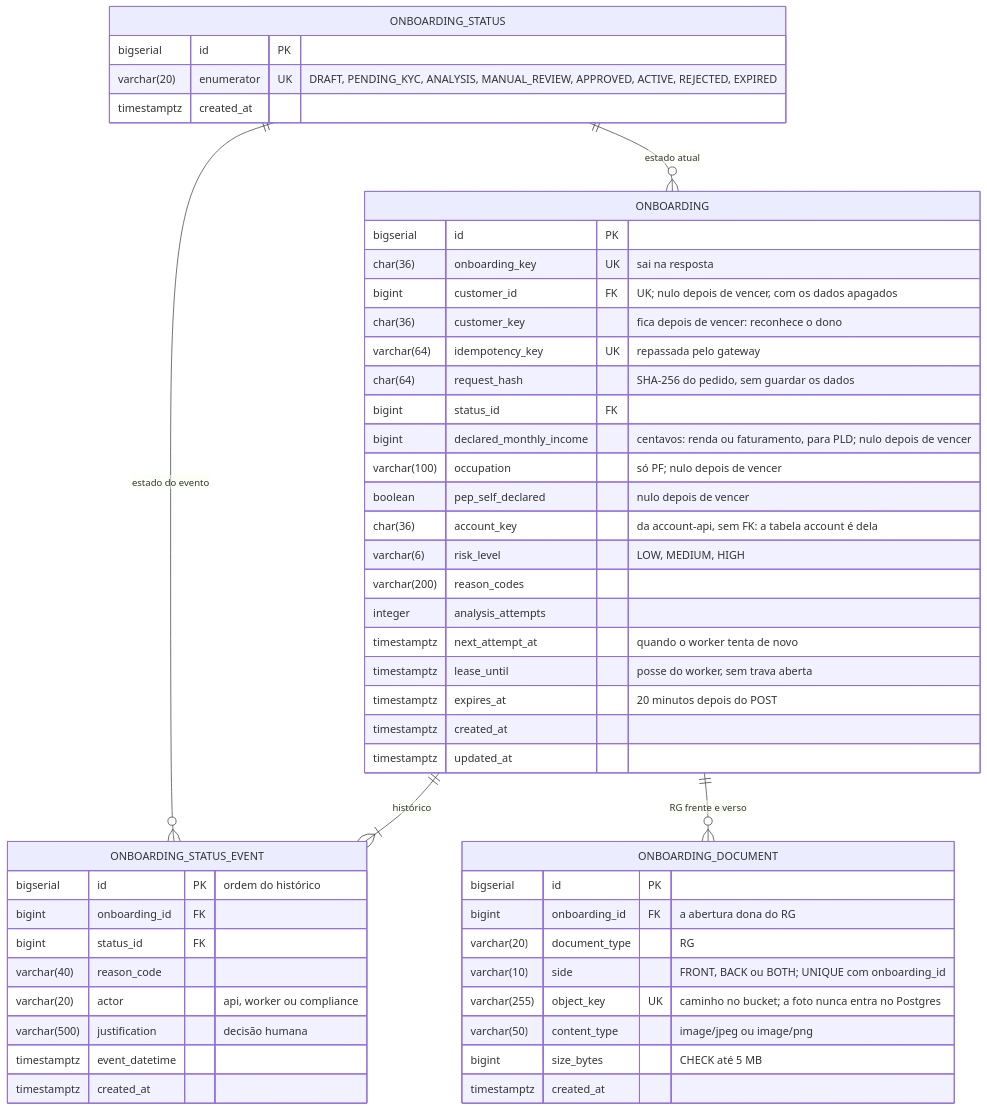
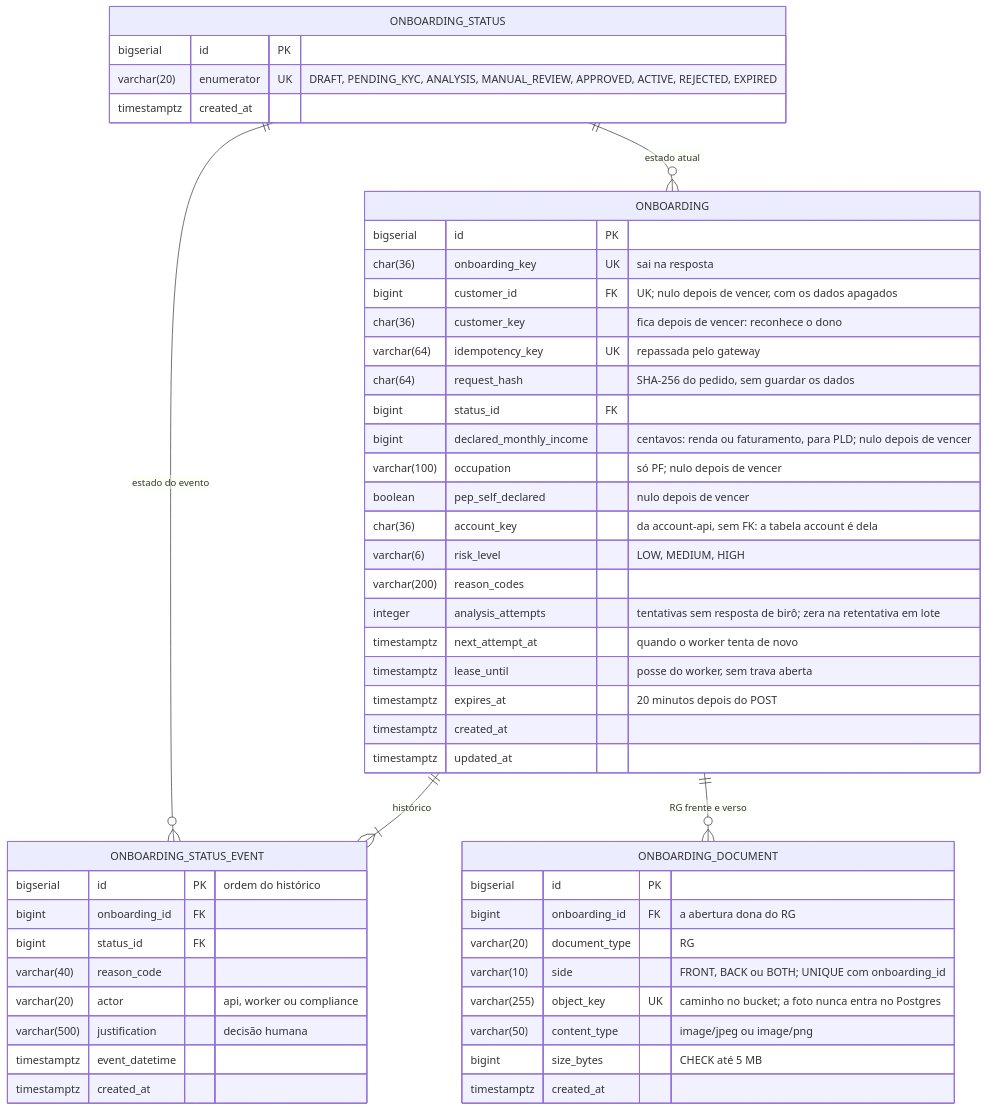
Before and after one commit to eduardoVL123/bootcampQitech_bancoDigital: the third of 14 diagrams in docs/rfc/05-onboarding-api.md, drawn with Mermaid. The commit also changed other lines of this file and 25 other files, not shown here.

First line of the commit message:
feat(onboarding): biro fora do ar, circuit breaker e retentativa em lote (F7)

````diff
--- a/docs/rfc/05-onboarding-api.md
+++ b/docs/rfc/05-onboarding-api.md
@@ -277,53 +277,53 @@
 ```mermaid
 erDiagram
     ONBOARDING_STATUS ||--o{ ONBOARDING : "estado atual"
     ONBOARDING_STATUS ||--o{ ONBOARDING_STATUS_EVENT : "estado do evento"
     ONBOARDING ||--|{ ONBOARDING_STATUS_EVENT : "histórico"
     ONBOARDING ||--o{ ONBOARDING_DOCUMENT : "RG frente e verso"
     ONBOARDING_STATUS {
         bigserial id PK
         varchar(20) enumerator UK "DRAFT, PENDING_KYC, ANALYSIS, MANUAL_REVIEW, APPROVED, ACTIVE, REJECTED, EXPIRED"
         timestamptz created_at
     }
     ONBOARDING {
         bigserial id PK
         char(36) onboarding_key UK "sai na resposta"
         bigint customer_id FK "UK; nulo depois de vencer, com os dados apagados"
         char(36) customer_key "fica depois de vencer: reconhece o dono"
         varchar(64) idempotency_key UK "repassada pelo gateway"
         char(64) request_hash "SHA-256 do pedido, sem guardar os dados"
         bigint status_id FK
         bigint declared_monthly_income "centavos: renda ou faturamento, para PLD; nulo depois de vencer"
         varchar(100) occupation "só PF; nulo depois de vencer"
         boolean pep_self_declared "nulo depois de vencer"
         char(36) account_key "da account-api, sem FK: a tabela account é dela"
         varchar(6) risk_level "LOW, MEDIUM, HIGH"
         varchar(200) reason_codes
-        integer analysis_attempts
+        integer analysis_attempts "tentativas sem resposta de birô; zera na retentativa em lote"
         timestamptz next_attempt_at "quando o worker tenta de novo"
         timestamptz lease_until "posse do worker, sem trava aberta"
         timestamptz expires_at "20 minutos depois do POST"
         timestamptz created_at
         timestamptz updated_at
     }
     ONBOARDING_STATUS_EVENT {
         bigserial id PK "ordem do histórico"
         bigint onboarding_id FK
         bigint status_id FK
         varchar(40) reason_code
         varchar(20) actor "api, worker ou compliance"
         varchar(500) justification "decisão humana"
         timestamptz event_datetime
         timestamptz created_at
     }
     ONBOARDING_DOCUMENT {
         bigserial id PK
         bigint onboarding_id FK "a abertura dona do RG"
         varchar(20) document_type "RG"
         varchar(10) side "FRONT, BACK ou BOTH; UNIQUE com onboarding_id"
         varchar(255) object_key UK "caminho no bucket; a foto nunca entra no Postgres"
         varchar(50) content_type "image/jpeg ou image/png"
         bigint size_bytes "CHECK até 5 MB"
         timestamptz created_at
     }
 ```
````
